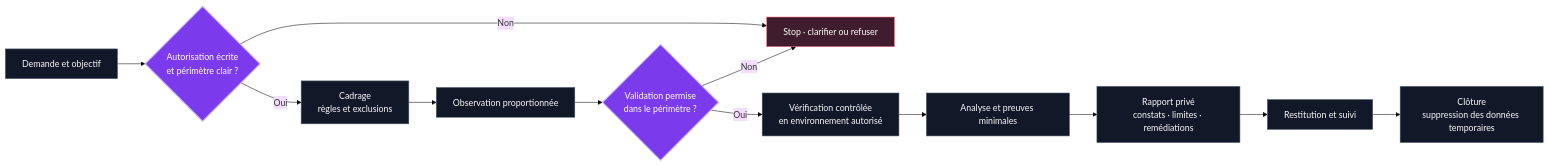
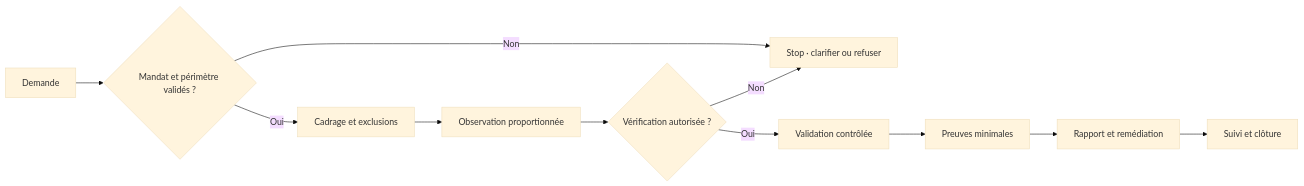
Before and after one commit to teremuhamblin/README: the diagram in README.md, drawn with Mermaid (base theme). The commit also changed other lines of this file and 8 other files, not shown here.

````diff
--- a/README.md
+++ b/README.md
@@ -68,21 +64,13 @@
 ```mermaid
 flowchart LR
-    A[Demande et objectif] --> B{Autorisation écrite<br/>et périmètre clair ?}
+    A[Demande] --> B{Mandat et périmètre validés ?}
     B -- Non --> X[Stop · clarifier ou refuser]
-    B -- Oui --> C[Cadrage<br/>règles et exclusions]
+    B -- Oui --> C[Cadrage et exclusions]
     C --> D[Observation proportionnée]
-    D --> E{Validation permise<br/>dans le périmètre ?}
+    D --> E{Vérification autorisée ?}
     E -- Non --> X
-    E -- Oui --> F[Vérification contrôlée<br/>en environnement autorisé]
-    F --> G[Analyse et preuves minimales]
-    G --> H[Rapport privé<br/>constats · limites · remédiations]
-    H --> I[Restitution et suivi]
-    I --> J[Clôture<br/>suppression des données temporaires]
-
-    classDef gate fill:#7C3AED,stroke:#C4B5FD,color:#fff,stroke-width:2px
-    classDef stop fill:#3F1D2E,stroke:#FB7185,color:#fff
-    classDef work fill:#111827,stroke:#475569,color:#F8FAFC
-    class B,E gate
-    class X stop
-    class A,C,D,F,G,H,I,J work
+    E -- Oui --> F[Validation contrôlée]
+    F --> G[Preuves minimales]
+    G --> H[Rapport et remédiation]
+    H --> I[Suivi et clôture]
 ```
````
